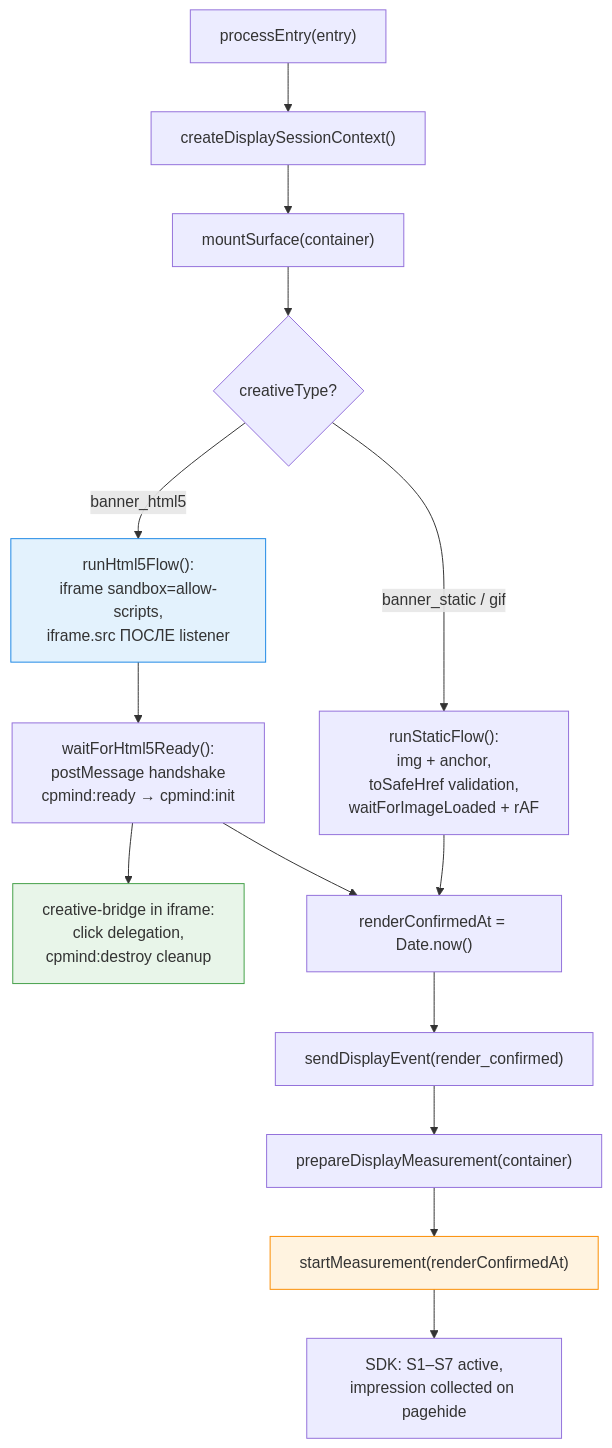
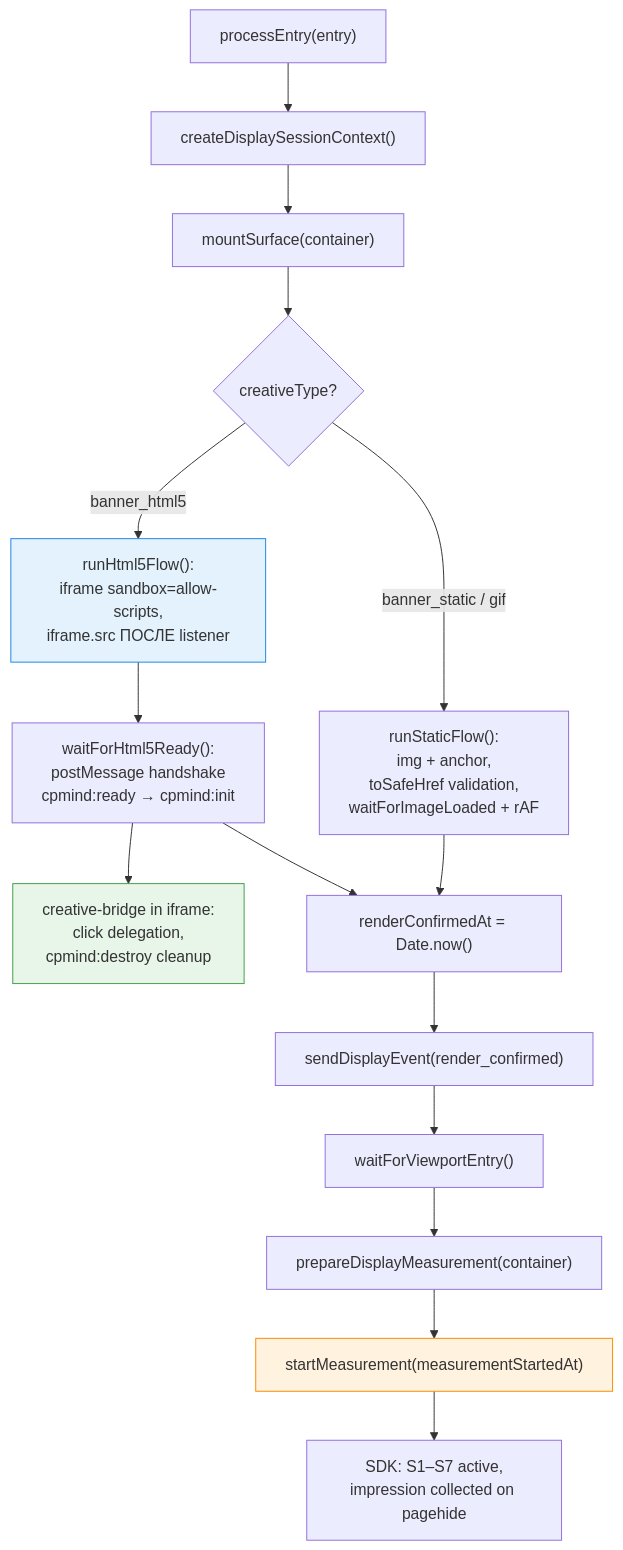
Before and after one commit to StepanCyberPsy/CPMind-core: the fifth of 13 diagrams in docs/ARCHITECTURE.md, drawn with Mermaid. The commit also changed other lines of this file and 11 other files, not shown here.

````diff
--- a/docs/ARCHITECTURE.md
+++ b/docs/ARCHITECTURE.md
@@ -354,24 +332,25 @@
 ```mermaid
 flowchart TD
     A["processEntry(entry)"] --> B["createDisplaySessionContext()"]
     B --> C["mountSurface(container)"]
     C --> D{creativeType?}
 
     D -->|"banner_static / gif"| E["runStaticFlow():<br/>img + anchor,<br/>toSafeHref validation,<br/>waitForImageLoaded + rAF"]
     D -->|"banner_html5"| F["runHtml5Flow():<br/>iframe sandbox=allow-scripts,<br/>iframe.src ПОСЛЕ listener"]
 
     F --> G["waitForHtml5Ready():<br/>postMessage handshake<br/>cpmind:ready → cpmind:init"]
     G --> H["creative-bridge in iframe:<br/>click delegation,<br/>cpmind:destroy cleanup"]
 
     E --> I["renderConfirmedAt = Date.now()"]
     G --> I
 
     I --> J["sendDisplayEvent(render_confirmed)"]
-    J --> K["prepareDisplayMeasurement(container)"]
-    K --> L["startMeasurement(renderConfirmedAt)"]
+    J --> V["waitForViewportEntry()"]
+    V --> K["prepareDisplayMeasurement(container)"]
+    K --> L["startMeasurement(measurementStartedAt)"]
     L --> M["SDK: S1–S7 active,<br/>impression collected on pagehide"]
 
     style F fill:#e3f2fd,stroke:#1e88e5
     style H fill:#e8f5e9,stroke:#43a047
     style L fill:#fff3e0,stroke:#fb8c00
 ```
````
